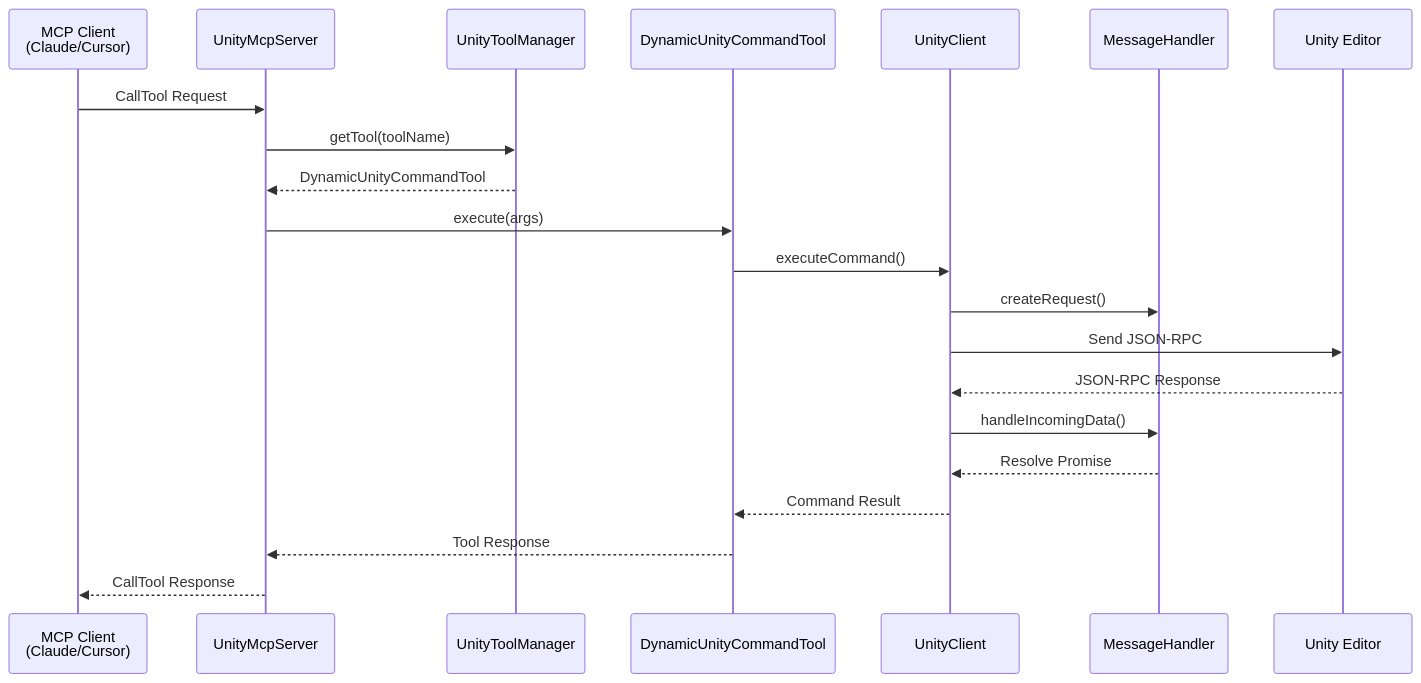
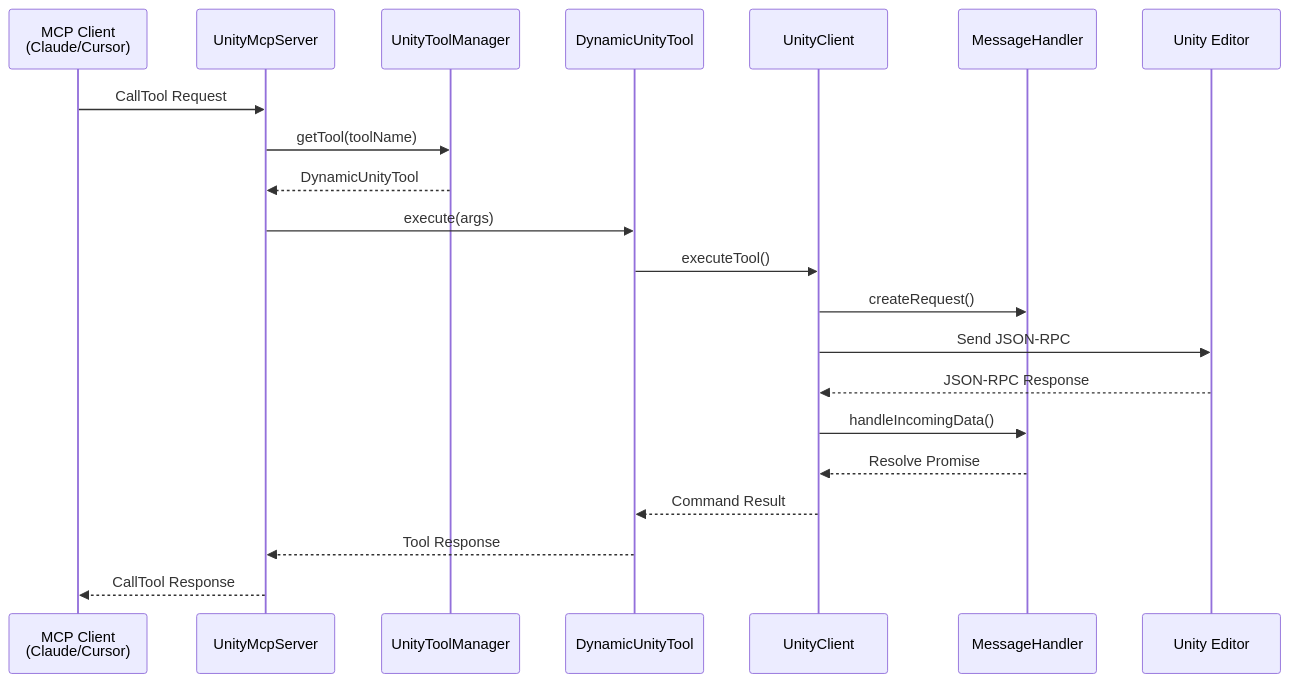
The third of 3 diagrams in Packages/src/TypeScriptServer~/ARCHITECTURE.md (hatayama/uMCP), drawn with Mermaid before and after one commit. The commit also changed other lines of this file and 296 other files, not shown here.

Commit message:
Rename Command to Tool and remove failing tests (#179)

````diff
--- a/Packages/src/TypeScriptServer~/ARCHITECTURE.md
+++ b/Packages/src/TypeScriptServer~/ARCHITECTURE.md
@@ -174,24 +174,24 @@
 ```mermaid
 sequenceDiagram
     participant MC as MCP Client<br/>(Claude/Cursor)
     participant US as UnityMcpServer
     participant UTM as UnityToolManager
-    participant DT as DynamicUnityCommandTool
+    participant DT as DynamicUnityTool
     participant UC as UnityClient
     participant MH as MessageHandler
     participant UE as Unity Editor
 
     MC->>US: CallTool Request
     US->>UTM: getTool(toolName)
-    UTM-->>US: DynamicUnityCommandTool
+    UTM-->>US: DynamicUnityTool
     US->>DT: execute(args)
-    DT->>UC: executeCommand()
+    DT->>UC: executeTool()
     UC->>MH: createRequest()
     UC->>UE: Send JSON-RPC
     UE-->>UC: JSON-RPC Response
     UC->>MH: handleIncomingData()
     MH-->>UC: Resolve Promise
     UC-->>DT: Command Result
     DT-->>US: Tool Response
     US-->>MC: CallTool Response
 ```
````
